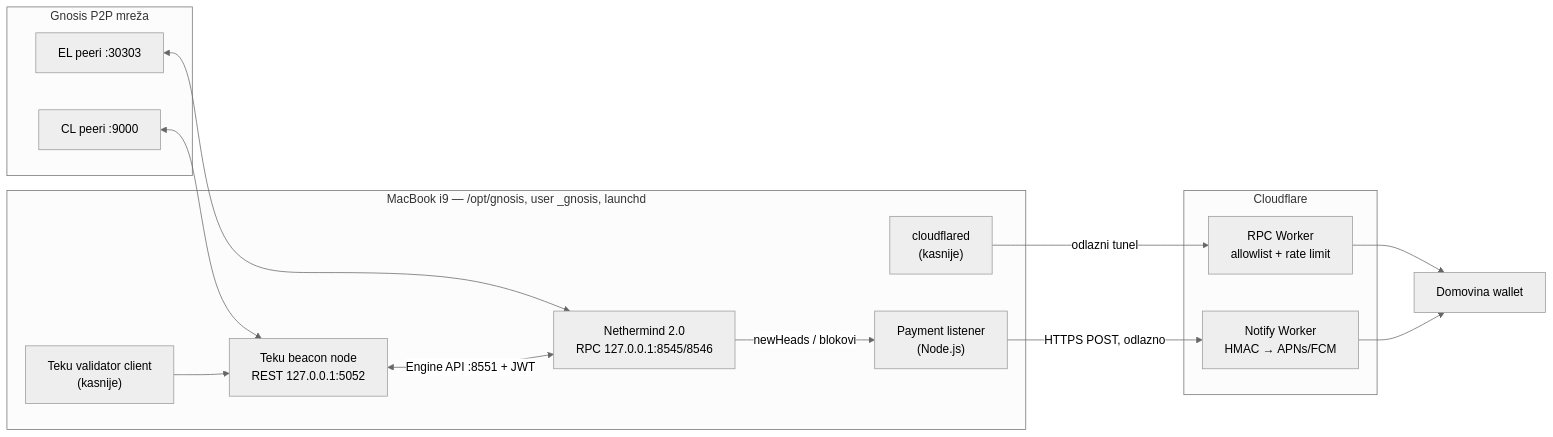
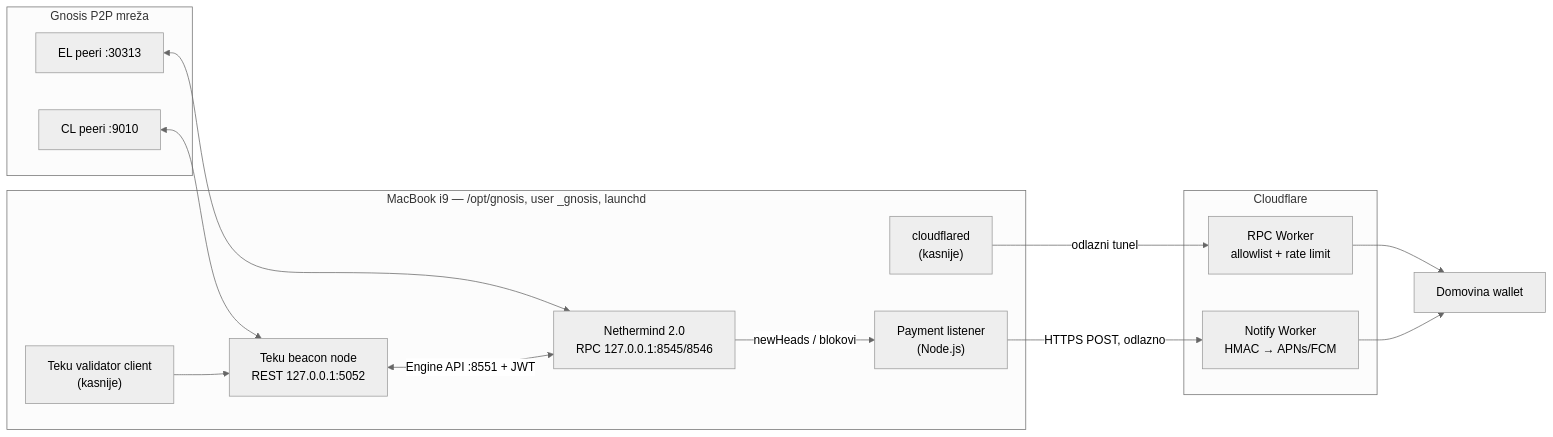
Before and after one commit to domovinatv/domovina-gnosis-node: the diagram in README.md, drawn with Mermaid (neutral theme). The commit also changed other lines of this file and 8 other files, not shown here.

````diff
--- a/README.md
+++ b/README.md
@@ -41,29 +41,29 @@
 ```mermaid
 flowchart LR
   subgraph P2P["Gnosis P2P mreža"]
-    ELP["EL peeri :30303"]
-    CLP["CL peeri :9000"]
+    ELP["EL peeri :30313"]
+    CLP["CL peeri :9010"]
   end
   subgraph Mac["MacBook i9 — /opt/gnosis, user _gnosis, launchd"]
     NM["Nethermind 2.0<br/>RPC 127.0.0.1:8545/8546"]
     TK["Teku beacon node<br/>REST 127.0.0.1:5052"]
     VC["Teku validator client<br/>(kasnije)"]
     LS["Payment listener<br/>(Node.js)"]
     CF["cloudflared<br/>(kasnije)"]
   end
   subgraph Edge["Cloudflare"]
     W1["RPC Worker<br/>allowlist + rate limit"]
     W2["Notify Worker<br/>HMAC → APNs/FCM"]
   end
   APP["Domovina wallet"]
 
   ELP <--> NM
   CLP <--> TK
   TK <-->|"Engine API :8551 + JWT"| NM
   VC --> TK
   NM -->|"newHeads / blokovi"| LS
   LS -->|"HTTPS POST, odlazno"| W2
   CF -->|"odlazni tunel"| W1
   W1 --> APP
   W2 --> APP
 ```
````
